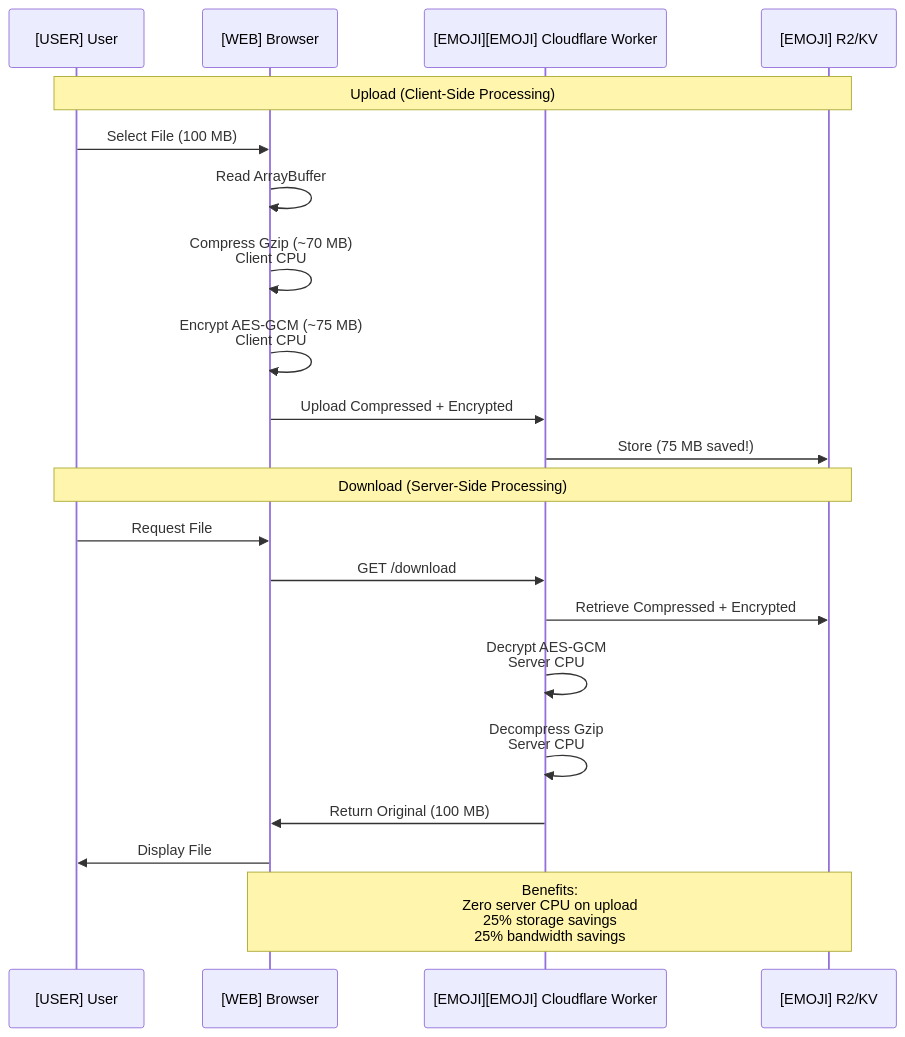
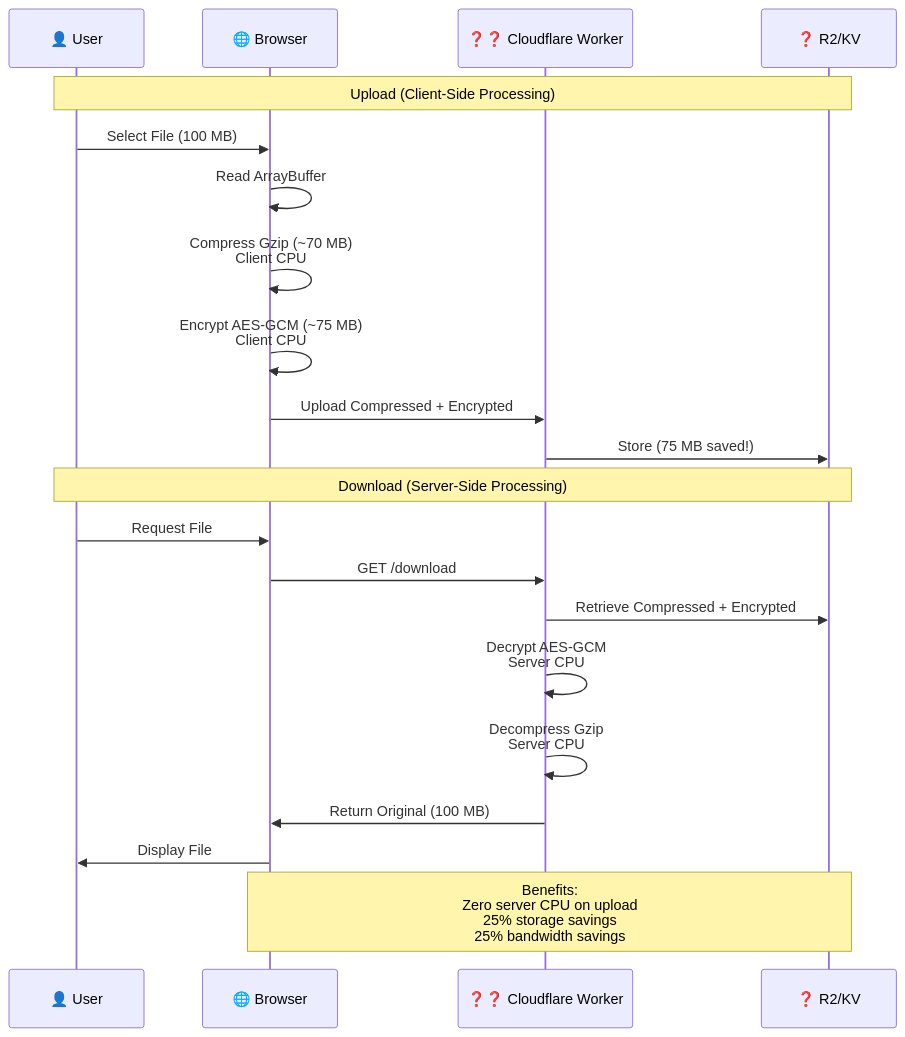
One commit to Underwood-Inc/strixun-stream-suite changed the fifth of 18 diagrams in docs/architecture/system-overview.md. Above: the diagram before and after it, drawn with Mermaid. The commit also changed 483 other files, not shown here.

````diff
--- a/docs/architecture/system-overview.md
+++ b/docs/architecture/system-overview.md
@@ -211,26 +211,26 @@
 ```mermaid
 sequenceDiagram
-    participant User as [USER] User
-    participant Browser as [WEB] Browser
-    participant Worker as [EMOJI][EMOJI] Cloudflare Worker
-    participant Storage as [EMOJI] R2/KV
+    participant User as 👤 User
+    participant Browser as 🌐 Browser
+    participant Worker as ❓❓ Cloudflare Worker
+    participant Storage as ❓ R2/KV
     
     Note over User,Storage: Upload (Client-Side Processing)
     User->>Browser: Select File (100 MB)
     Browser->>Browser: Read ArrayBuffer
     Browser->>Browser: Compress Gzip (~70 MB)<br/>Client CPU
     Browser->>Browser: Encrypt AES-GCM (~75 MB)<br/>Client CPU
     Browser->>Worker: Upload Compressed + Encrypted
     Worker->>Storage: Store (75 MB saved!)
     
     Note over User,Storage: Download (Server-Side Processing)
     User->>Browser: Request File
     Browser->>Worker: GET /download
     Worker->>Storage: Retrieve Compressed + Encrypted
     Worker->>Worker: Decrypt AES-GCM<br/>Server CPU
     Worker->>Worker: Decompress Gzip<br/>Server CPU
     Worker->>Browser: Return Original (100 MB)
     Browser->>User: Display File
     
     Note over Browser,Storage: Benefits:<br/>Zero server CPU on upload<br/>25% storage savings<br/>25% bandwidth savings
 ```
````
